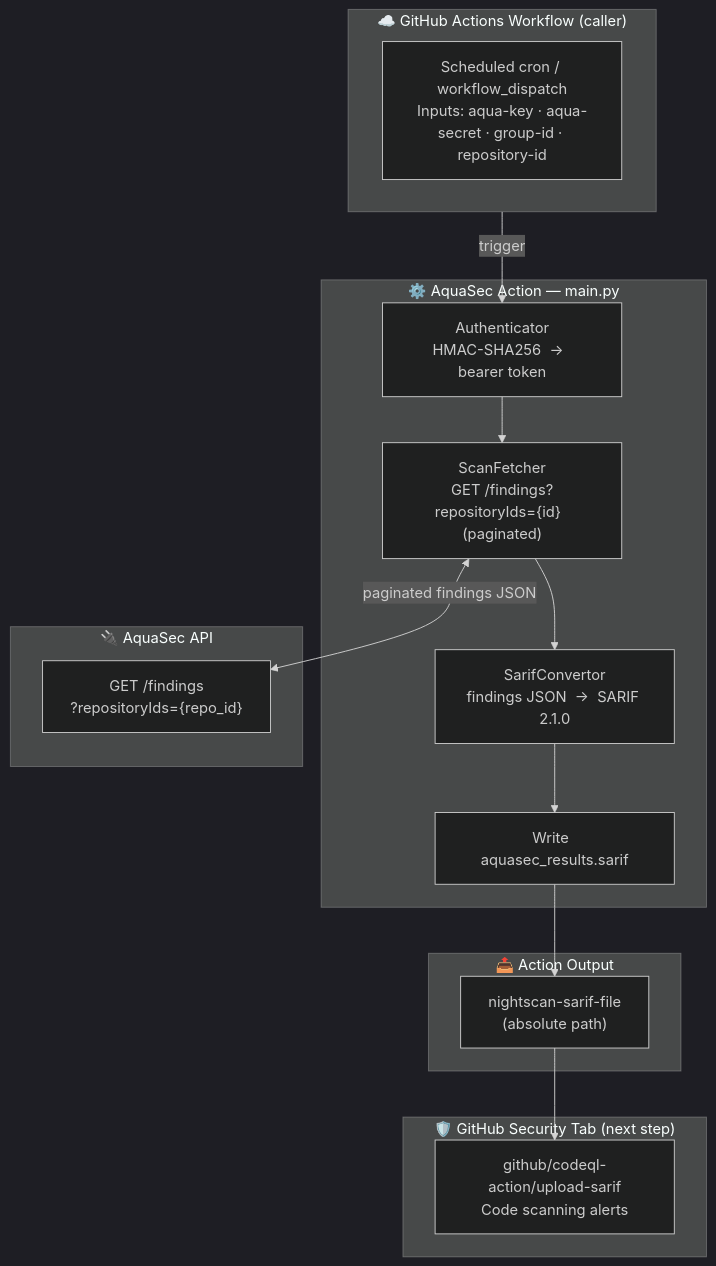
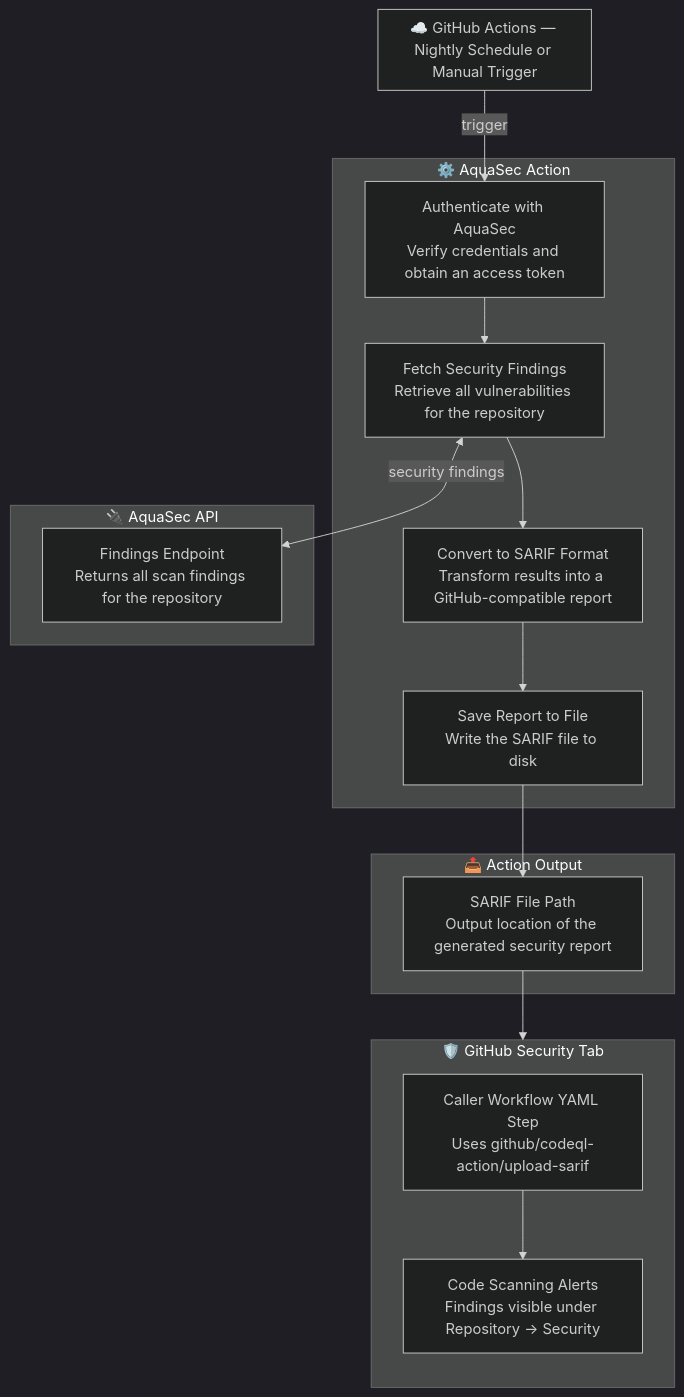
Before and after one commit to AbsaOSS/aquasec-scan-results: the diagram in docs/night-scan-mode.md, drawn with Mermaid (dark theme). The commit also changed 1 other file, not shown here.

Commit message:
docs: update diagrams and descriptions in Branch Comparison and Night Scan modes

````diff
--- a/docs/night-scan-mode.md
+++ b/docs/night-scan-mode.md
@@ -32,31 +32,33 @@
 ```mermaid
 flowchart TB
-    subgraph GHA["☁️ GitHub Actions Workflow  (caller)"]
-        TRG["Scheduled cron / workflow_dispatch\nInputs: aqua-key · aqua-secret · group-id · repository-id"]
+    subgraph GHA["☁️ GitHub Actions — Nightly Schedule or Manual Trigger"]
     end
 
-    subgraph ACTION["⚙️ AquaSec Action  —  main.py"]
-        AUTH["Authenticator\nHMAC-SHA256  →  bearer token"]
-        FETCH["ScanFetcher\nGET /findings?repositoryIds={id}  (paginated)"]
-        CONV["SarifConvertor\nfindings JSON  →  SARIF 2.1.0"]
-        FILE["Write  aquasec_results.sarif"]
+    subgraph ACTION["⚙️ AquaSec Action"]
+        AUTH["Authenticate with AquaSec<br/>Verify credentials and obtain an access token"]
+        FETCH["Fetch Security Findings<br/>Retrieve all vulnerabilities for the repository"]
+        CONV["Convert to SARIF Format<br/>Transform results into a GitHub-compatible report"]
+        FILE["Save Report to File<br/>Write the SARIF file to disk"]
         AUTH --> FETCH --> CONV --> FILE
     end
 
     subgraph AQUASEC["🔌 AquaSec API"]
-        EP["GET /findings\n?repositoryIds={repo_id}"]
+        EP["Findings Endpoint<br/>Returns all scan findings for the repository"]
     end
 
     subgraph STEPOUT["📤 Action Output"]
-        SARIF_PATH["nightscan-sarif-file\n(absolute path)"]
+        SARIF_PATH["SARIF File Path<br/>Output location of the generated security report"]
     end
 
-    subgraph SEC["🛡️ GitHub Security Tab  (next step)"]
-        UPLOAD["github/codeql-action/upload-sarif\nCode scanning alerts"]
+    subgraph SEC["🛡️ GitHub Security Tab"]
+        direction TB
+        UPLOAD_STEP["Caller Workflow YAML Step<br/>Uses github/codeql-action/upload-sarif"]
+        SCANNING["Code Scanning Alerts<br/>Findings visible under Repository → Security"]
+        UPLOAD_STEP --> SCANNING
     end
 
     GHA          -->|"trigger"| AUTH
-    FETCH       <-->|"paginated findings JSON"| EP
+    FETCH       <-->|"security findings"| EP
     FILE         --> SARIF_PATH
-    SARIF_PATH   --> UPLOAD
+    SARIF_PATH   --> UPLOAD_STEP
 ```
````
